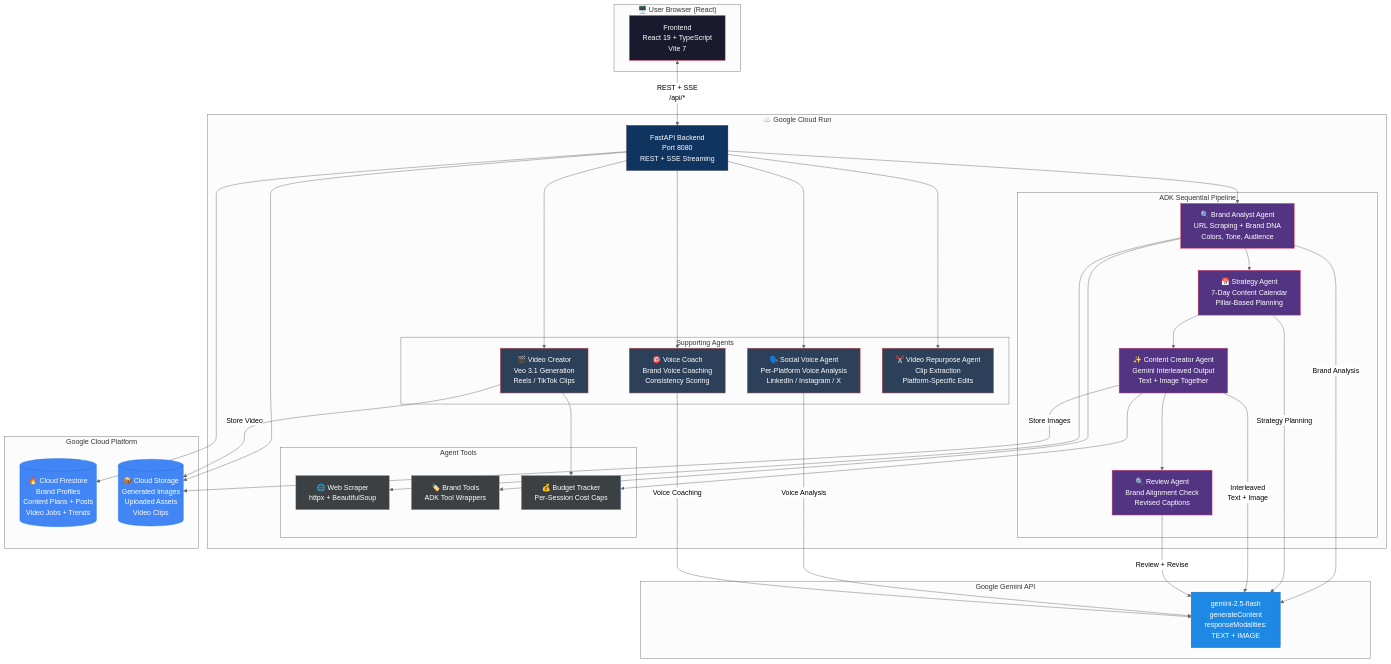
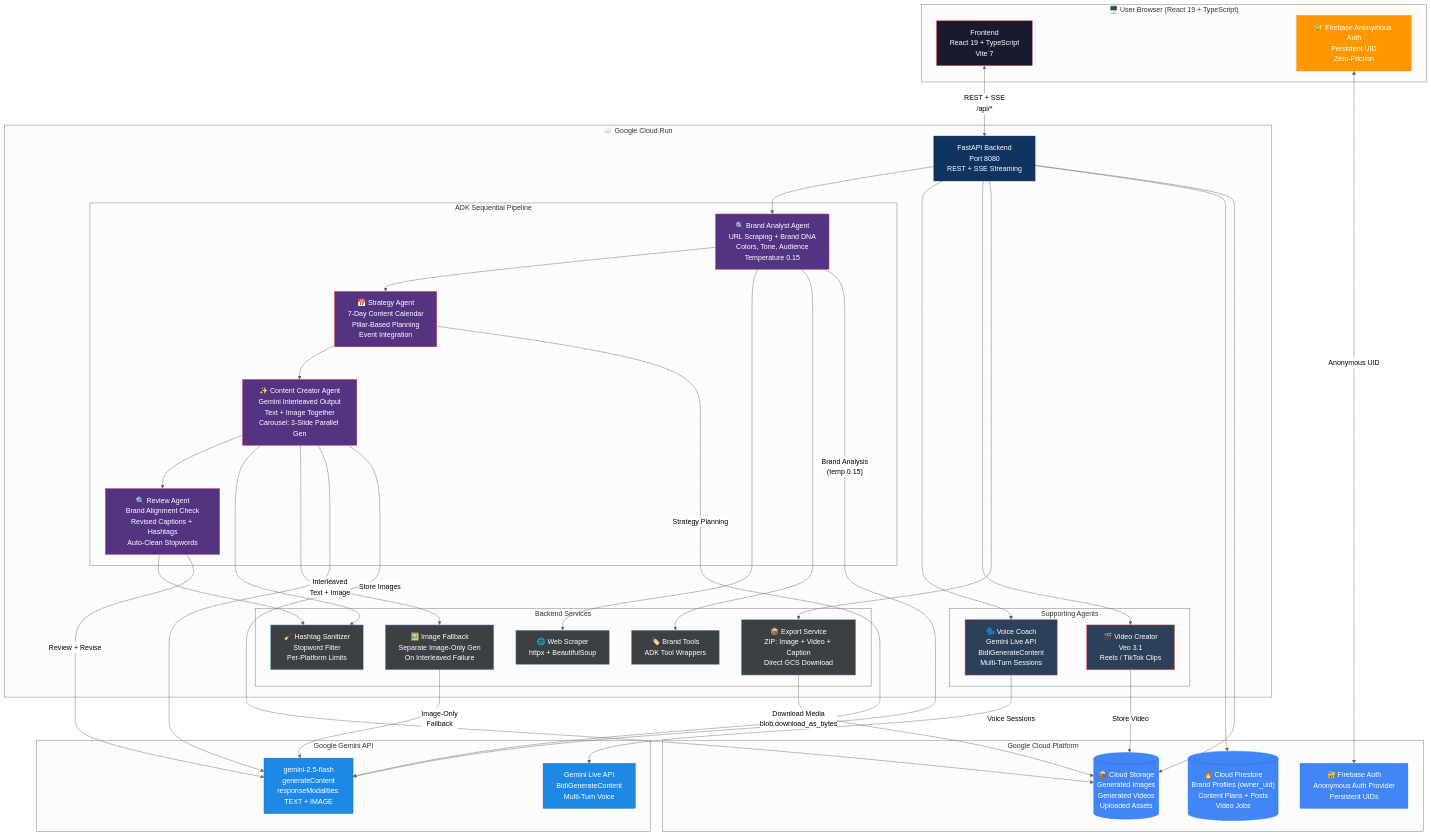
One commit to dimitriderose/amplifi-hackaton changed the diagram in docs/architecture.mermaid. Above: the diagram before and after it, drawn with Mermaid (neutral theme). The commit also changed 3 other files, not shown here.

First line of the commit message:
docs: update README, PRD, TDD, and architecture diagram to reflect all shipped features

```diff
--- a/docs/architecture.mermaid
+++ b/docs/architecture.mermaid
@@ -1,82 +1,89 @@
 graph TB
-    subgraph Browser["🖥️ User Browser (React)"]
+    subgraph Browser["🖥️ User Browser (React 19 + TypeScript)"]
         FE["Frontend<br/>React 19 + TypeScript<br/>Vite 7"]
+        AUTH["🔐 Firebase Anonymous Auth<br/>Persistent UID<br/>Zero-Friction"]
     end
 
     subgraph CloudRun["☁️ Google Cloud Run"]
         API["FastAPI Backend<br/>Port 8080<br/>REST + SSE Streaming"]
 
         subgraph Pipeline["ADK Sequential Pipeline"]
-            BA["🔍 Brand Analyst Agent<br/>URL Scraping + Brand DNA<br/>Colors, Tone, Audience"]
-            STR["📅 Strategy Agent<br/>7-Day Content Calendar<br/>Pillar-Based Planning"]
-            CC["✨ Content Creator Agent<br/>Gemini Interleaved Output<br/>Text + Image Together"]
-            RA["🔍 Review Agent<br/>Brand Alignment Check<br/>Revised Captions"]
+            BA["🔍 Brand Analyst Agent<br/>URL Scraping + Brand DNA<br/>Colors, Tone, Audience<br/>Temperature 0.15"]
+            STR["📅 Strategy Agent<br/>7-Day Content Calendar<br/>Pillar-Based Planning<br/>Event Integration"]
+            CC["✨ Content Creator Agent<br/>Gemini Interleaved Output<br/>Text + Image Together<br/>Carousel: 3-Slide Parallel Gen"]
+            RA["🔍 Review Agent<br/>Brand Alignment Check<br/>Revised Captions + Hashtags<br/>Auto-Clean Stopwords"]
         end
 
         subgraph Support["Supporting Agents"]
-            SVA["🗣️ Social Voice Agent<br/>Per-Platform Voice Analysis<br/>LinkedIn / Instagram / X"]
-            VC["🎯 Voice Coach<br/>Brand Voice Coaching<br/>Consistency Scoring"]
-            VID["🎬 Video Creator<br/>Veo 3.1 Generation<br/>Reels / TikTok Clips"]
-            VR["✂️ Video Repurpose Agent<br/>Clip Extraction<br/>Platform-Specific Edits"]
+            VC["🗣️ Voice Coach<br/>Gemini Live API<br/>BidiGenerateContent<br/>Multi-Turn Sessions"]
+            VID["🎬 Video Creator<br/>Veo 3.1<br/>Reels / TikTok Clips"]
         end
 
-        subgraph Tools["Agent Tools"]
+        subgraph Services["Backend Services"]
             WS["🌐 Web Scraper<br/>httpx + BeautifulSoup"]
             BT["🏷️ Brand Tools<br/>ADK Tool Wrappers"]
-            BU["💰 Budget Tracker<br/>Per-Session Cost Caps"]
+            HS["🧹 Hashtag Sanitizer<br/>Stopword Filter<br/>Per-Platform Limits"]
+            EX["📦 Export Service<br/>ZIP: Image + Video + Caption<br/>Direct GCS Download"]
+            IF["🖼️ Image Fallback<br/>Separate Image-Only Gen<br/>On Interleaved Failure"]
         end
     end
 
     subgraph GCP["Google Cloud Platform"]
-        FS[("🔥 Cloud Firestore<br/>Brand Profiles<br/>Content Plans + Posts<br/>Video Jobs + Trends")]
-        GCS[("📦 Cloud Storage<br/>Generated Images<br/>Uploaded Assets<br/>Video Clips")]
+        FS[("🔥 Cloud Firestore<br/>Brand Profiles (owner_uid)<br/>Content Plans + Posts<br/>Video Jobs")]
+        GCS[("📦 Cloud Storage<br/>Generated Images<br/>Generated Videos<br/>Uploaded Assets")]
+        FA["🔐 Firebase Auth<br/>Anonymous Auth Provider<br/>Persistent UIDs"]
     end
 
     subgraph Gemini["Google Gemini API"]
         GFlash["gemini-2.5-flash<br/>generateContent<br/>responseModalities:<br/>TEXT + IMAGE"]
+        GLive["Gemini Live API<br/>BidiGenerateContent<br/>Multi-Turn Voice"]
     end
 
     FE <-->|"REST + SSE<br/>/api/*"| API
+    AUTH <-->|"Anonymous UID"| FA
 
     API --> BA
     BA --> STR
     STR --> CC
     CC --> RA
 
-    API --> SVA
     API --> VC
     API --> VID
-    API --> VR
 
     BA --> WS
     BA --> BT
-    CC --> BU
-    VID --> BU
+    CC --> HS
+    CC --> IF
+    RA --> HS
+    API --> EX
 
-    BA -->|"Brand Analysis"| GFlash
+    BA -->|"Brand Analysis<br/>(temp 0.15)"| GFlash
     STR -->|"Strategy Planning"| GFlash
     CC -->|"Interleaved<br/>Text + Image"| GFlash
+    IF -->|"Image-Only<br/>Fallback"| GFlash
     RA -->|"Review + Revise"| GFlash
-    SVA -->|"Voice Analysis"| GFlash
-    VC -->|"Voice Coaching"| GFlash
+    VC -->|"Voice Sessions"| GLive
 
     API --> FS
     API --> GCS
     CC -->|"Store Images"| GCS
     VID -->|"Store Video"| GCS
+    EX -->|"Download Media<br/>blob.download_as_bytes"| GCS
 
     classDef browser fill:#1a1a2e,stroke:#e94560,color:#fff
     classDef cloud fill:#0f3460,stroke:#16213e,color:#fff
     classDef pipeline fill:#533483,stroke:#e94560,color:#fff
     classDef support fill:#2d4059,stroke:#ea5455,color:#fff
     classDef tools fill:#3c4043,stroke:#8ab4f8,color:#fff
     classDef gcp fill:#4285f4,stroke:#1a73e8,color:#fff
     classDef gemini fill:#1e88e5,stroke:#1565c0,color:#fff
+    classDef auth fill:#ff9800,stroke:#f57c00,color:#fff
 
     class FE browser
+    class AUTH auth
     class API cloud
     class BA,STR,CC,RA pipeline
-    class SVA,VC,VID,VR support
-    class WS,BT,BU tools
-    class FS,GCS gcp
-    class GFlash gemini
+    class VC,VID support
+    class WS,BT,HS,EX,IF tools
+    class FS,GCS,FA gcp
+    class GFlash,GLive gemini
```
